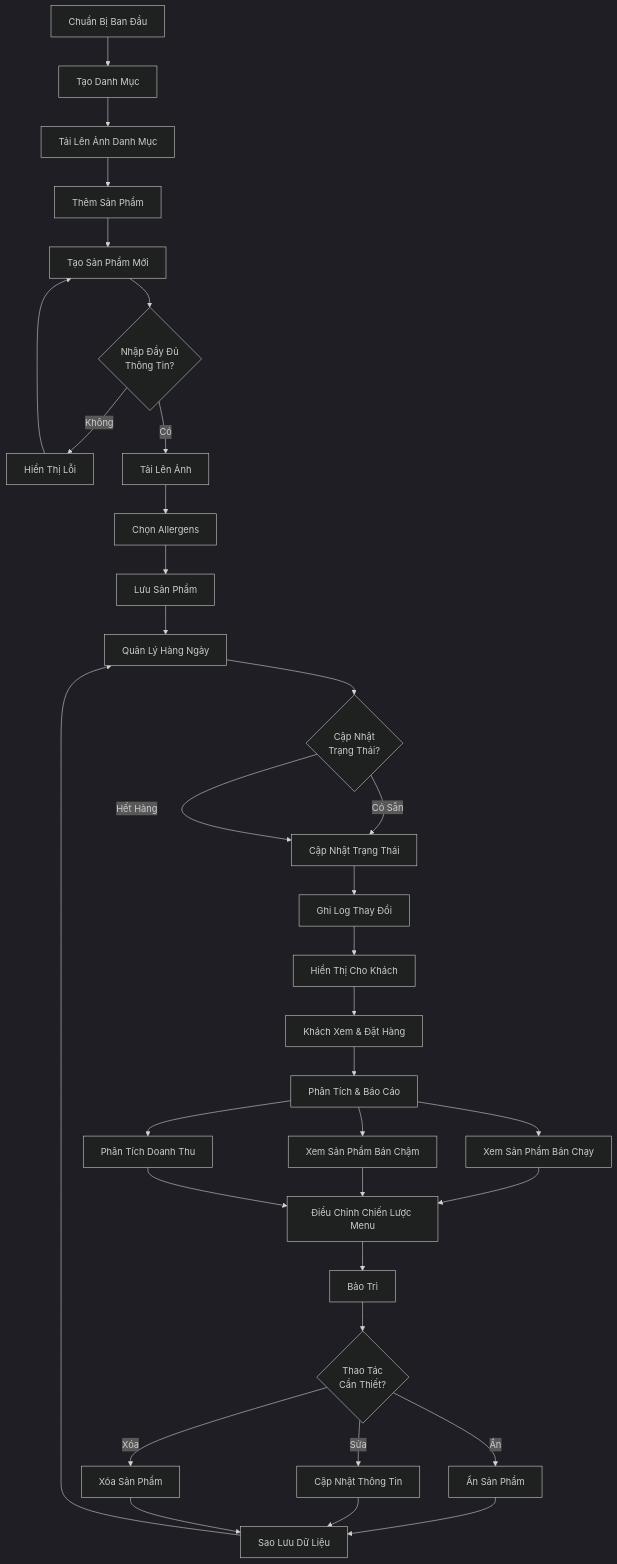
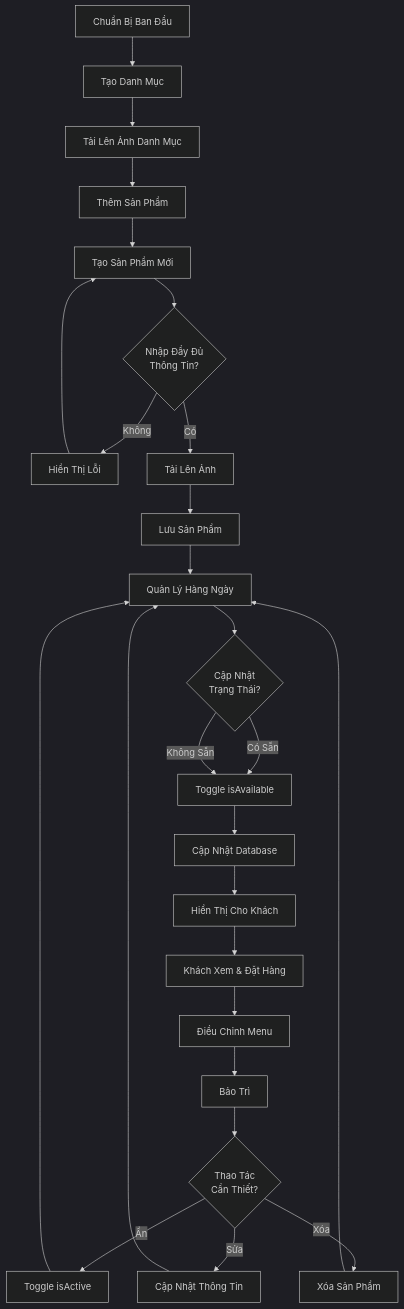
Before and after one commit to huy1235588/restaurant-management: the first of 12 diagrams in docs/diagrams/MENU_MANAGEMENT_DIAGRAMS.md, drawn with Mermaid (dark theme). The commit also changed other lines of this file and 18 other files, not shown here.

````diff
--- a/docs/diagrams/MENU_MANAGEMENT_DIAGRAMS.md
+++ b/docs/diagrams/MENU_MANAGEMENT_DIAGRAMS.md
@@ -5,36 +9,28 @@
 ```mermaid
 flowchart TD
     A[Chuẩn Bị Ban Đầu] --> B[Tạo Danh Mục]
     B --> C[Tải Lên Ảnh Danh Mục]
     C --> D[Thêm Sản Phẩm]
     D --> E[Tạo Sản Phẩm Mới]
     E --> F{Nhập Đầy Đủ<br/>Thông Tin?}
     F -->|Không| G[Hiển Thị Lỗi]
     G --> E
     F -->|Có| H[Tải Lên Ảnh]
-    H --> I[Chọn Allergens]
-    I --> J[Lưu Sản Phẩm]
+    H --> J[Lưu Sản Phẩm]
     J --> K[Quản Lý Hàng Ngày]
     K --> L{Cập Nhật<br/>Trạng Thái?}
-    L -->|Có Sẵn| M[Cập Nhật Trạng Thái]
-    L -->|Hết Hàng| M
-    M --> N[Ghi Log Thay Đổi]
+    L -->|Có Sẵn| M[Toggle isAvailable]
+    L -->|Không Sẵn| M
+    M --> N[Cập Nhật Database]
     N --> O[Hiển Thị Cho Khách]
     O --> P[Khách Xem & Đặt Hàng]
-    P --> Q[Phân Tích & Báo Cáo]
-    Q --> R[Xem Sản Phẩm Bán Chạy]
-    Q --> S[Xem Sản Phẩm Bán Chậm]
-    Q --> T[Phân Tích Doanh Thu]
-    R --> U[Điều Chỉnh Chiến Lược Menu]
-    S --> U
-    T --> U
+    P --> U[Điều Chỉnh Menu]
     U --> V[Bảo Trì]
     V --> W{Thao Tác<br/>Cần Thiết?}
-    W -->|Ẩn| X[Ẩn Sản Phẩm]
+    W -->|Ẩn| X[Toggle isActive]
     W -->|Sửa| Y[Cập Nhật Thông Tin]
     W -->|Xóa| Z[Xóa Sản Phẩm]
-    X --> AA[Sao Lưu Dữ Liệu]
-    Y --> AA
-    Z --> AA
-    AA --> K
+    X --> K
+    Y --> K
+    Z --> K
 ```
````
